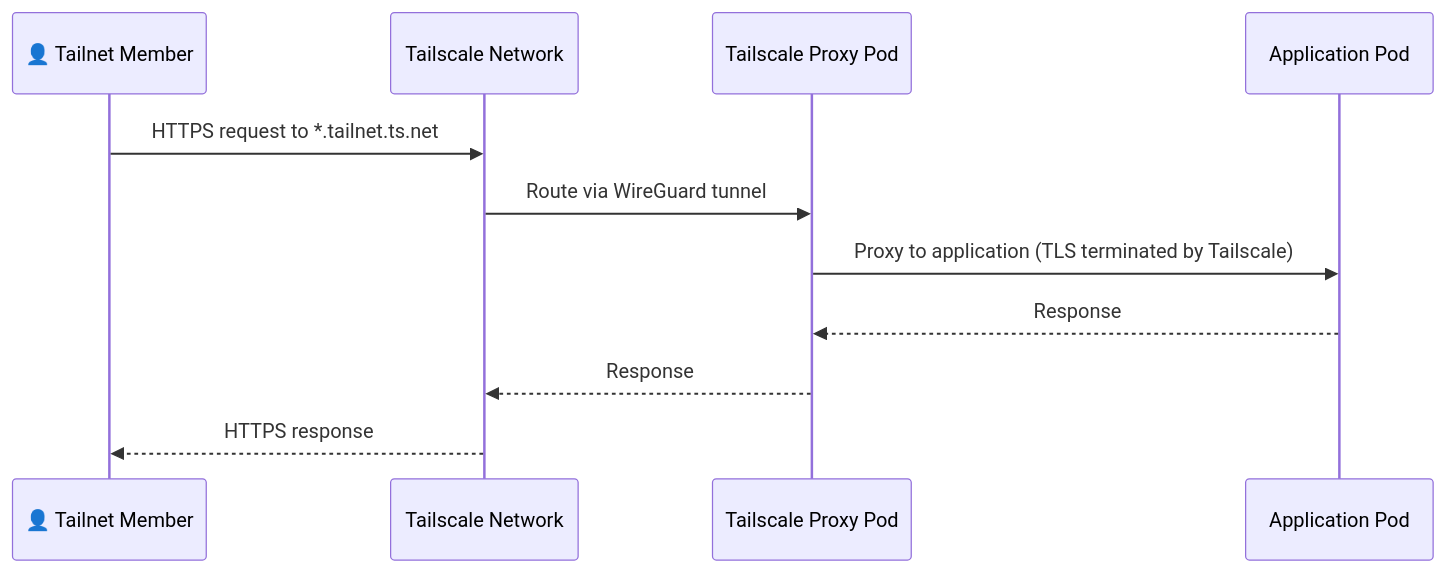
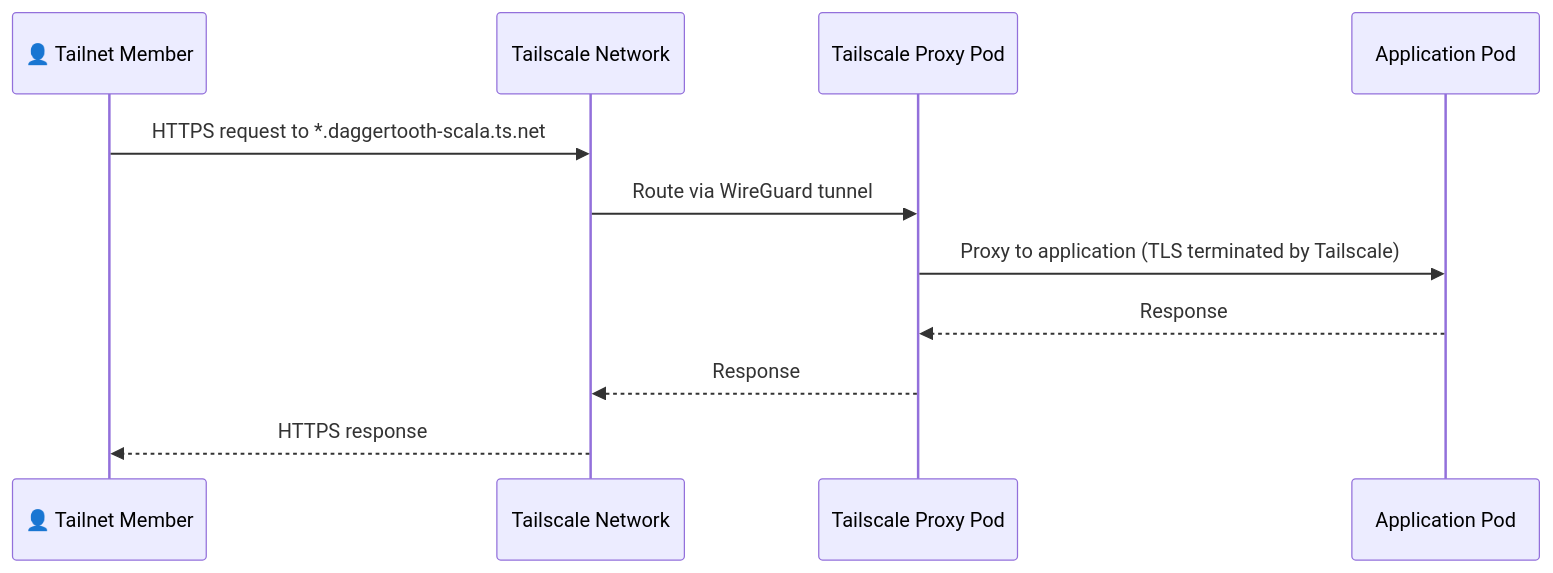
One commit to hexabyte8/homelab changed the second of 5 diagrams in docs/topology.md. Above: the diagram before and after it, drawn with Mermaid. The commit also changed other lines of this file and 18 other files, not shown here.

````diff
--- a/docs/topology.md
+++ b/docs/topology.md
@@ -35,14 +35,14 @@
 ```mermaid
 sequenceDiagram
     participant User as 👤 Tailnet Member
     participant TS as Tailscale Network
     participant TSProxy as Tailscale Proxy Pod
     participant App as Application Pod
 
-    User->>TS: HTTPS request to *.tailnet.ts.net
+    User->>TS: HTTPS request to *.daggertooth-scala.ts.net
     TS->>TSProxy: Route via WireGuard tunnel
     TSProxy->>App: Proxy to application (TLS terminated by Tailscale)
     App-->>TSProxy: Response
     TSProxy-->>TS: Response
     TS-->>User: HTTPS response
 ```
````
